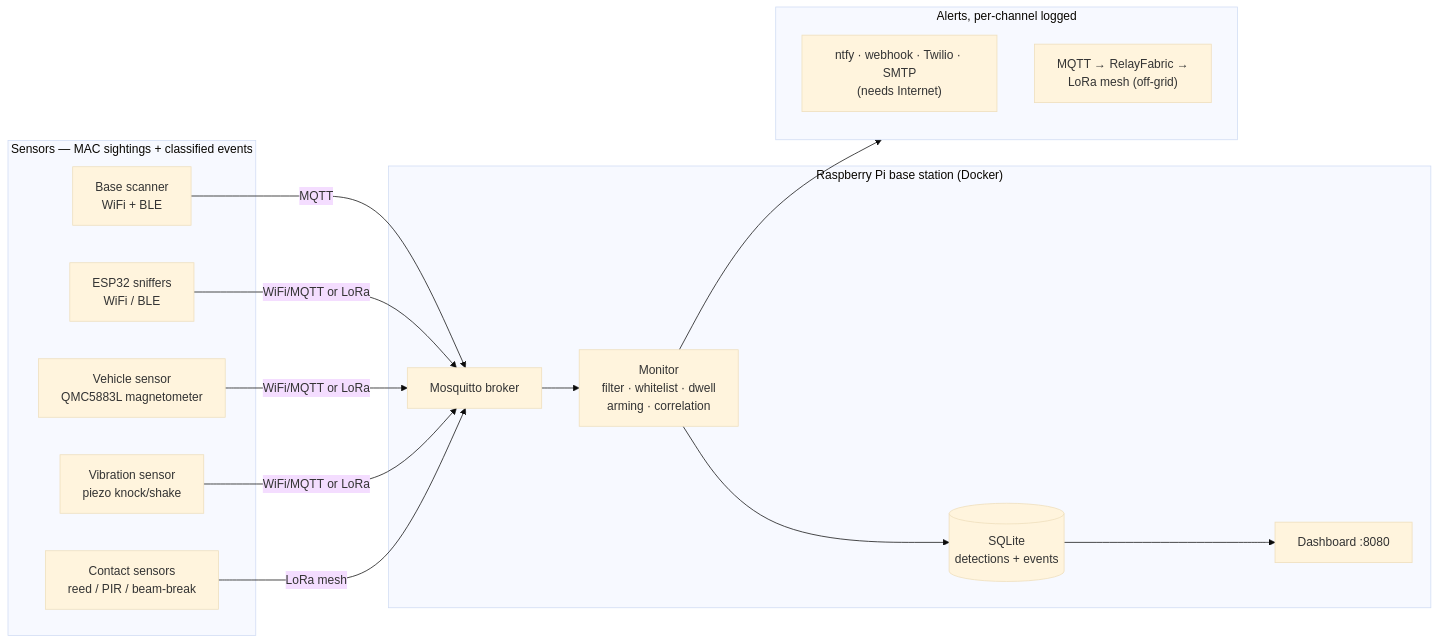
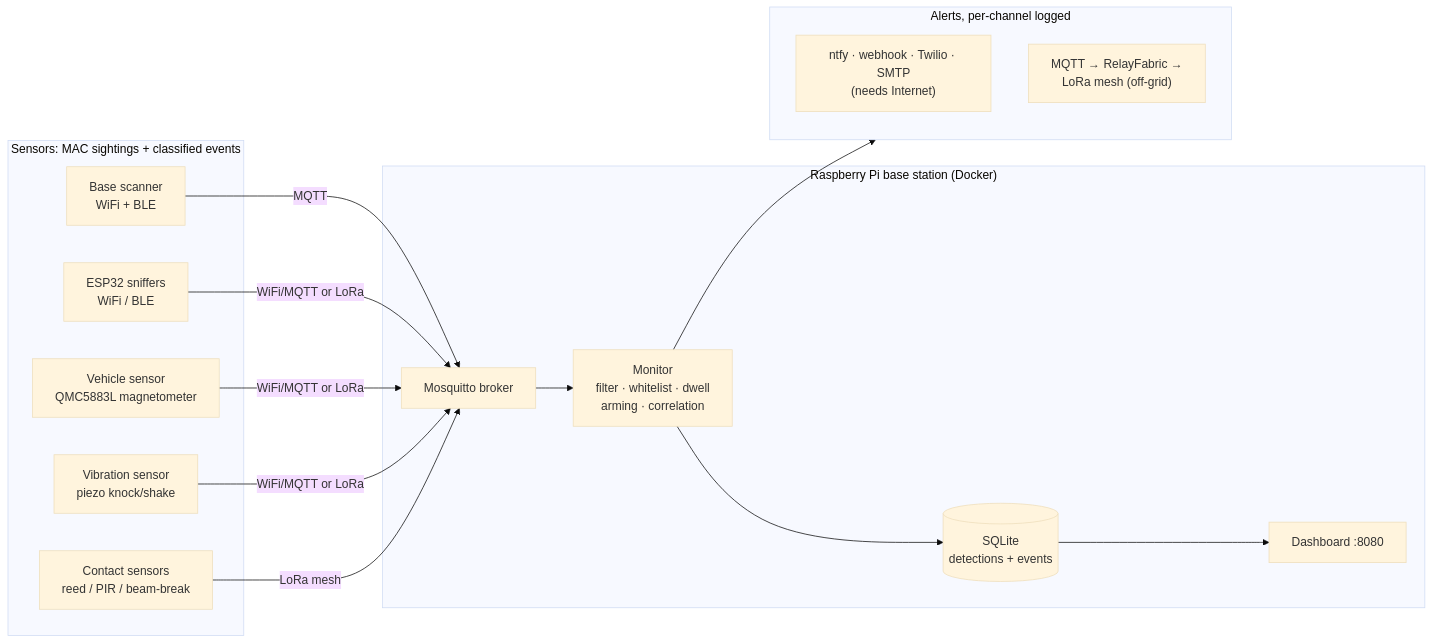
The diagram in docs/index.md (OutandBack/meshtripwire), drawn with Mermaid (base theme) before and after one commit. The commit also changed other lines of this file and 11 other files, not shown here.

````diff
--- a/docs/index.md
+++ b/docs/index.md
@@ -13,32 +13,32 @@
 ```mermaid
 flowchart LR
-    subgraph sensors["Sensors — MAC sightings + classified events"]
+    subgraph sensors["Sensors: MAC sightings + classified events"]
         S1["Base scanner<br/>WiFi + BLE"]
         S2["ESP32 sniffers<br/>WiFi / BLE"]
         S5["Vehicle sensor<br/>QMC5883L magnetometer"]
         S6["Vibration sensor<br/>piezo knock/shake"]
         S7["Contact sensors<br/>reed / PIR / beam-break"]
     end
 
     S1 -->|MQTT| BROKER
     S2 -->|WiFi/MQTT or LoRa| BROKER
     S5 -->|WiFi/MQTT or LoRa| BROKER
     S6 -->|WiFi/MQTT or LoRa| BROKER
     S7 -->|LoRa mesh| BROKER
 
     subgraph base["Raspberry Pi base station (Docker)"]
         BROKER["Mosquitto broker"]
         MON["Monitor<br/>filter · whitelist · dwell<br/>arming · correlation"]
         DB[("SQLite<br/>detections + events")]
         NR["Dashboard :8080"]
         BROKER --> MON
         MON --> DB
         DB --> NR
     end
 
     MON --> ALERTS
     subgraph ALERTS["Alerts, per-channel logged"]
         A1["ntfy · webhook · Twilio · SMTP<br/>(needs Internet)"]
         A2["MQTT → RelayFabric →<br/>LoRa mesh (off-grid)"]
     end
 ```
````
